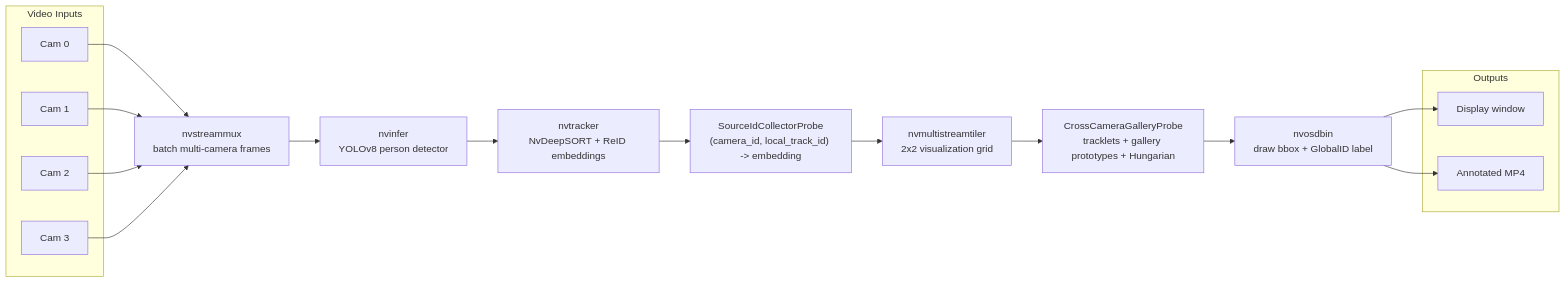
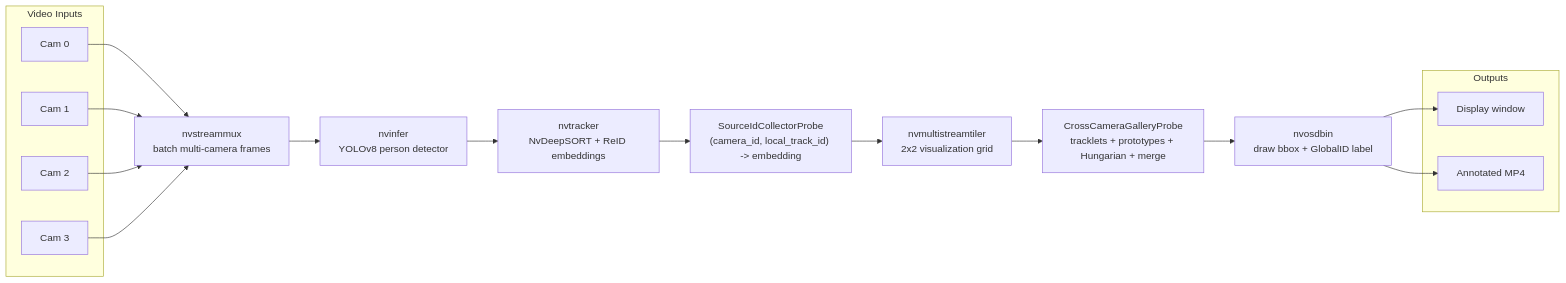
The diagram in README.md (NLT22/multi_stream_people_tracker), drawn with Mermaid before and after one commit. The commit also changed other lines of this file and 3 other files, not shown here.

````diff
--- a/README.md
+++ b/README.md
@@ -156,31 +156,31 @@
 ```mermaid
 flowchart LR
     subgraph Inputs["Video Inputs"]
         C0["Cam 0"]
         C1["Cam 1"]
         C2["Cam 2"]
         C3["Cam 3"]
     end
 
     C0 --> MUX
     C1 --> MUX
     C2 --> MUX
     C3 --> MUX
 
     MUX["nvstreammux<br/>batch multi-camera frames"]
     DET["nvinfer<br/>YOLOv8 person detector"]
     TRK["nvtracker<br/>NvDeepSORT + ReID embeddings"]
     SRC["SourceIdCollectorProbe<br/>(camera_id, local_track_id) -> embedding"]
     TILER["nvmultistreamtiler<br/>2x2 visualization grid"]
-    REID["CrossCameraGalleryProbe<br/>tracklets + gallery prototypes + Hungarian"]
+    REID["CrossCameraGalleryProbe<br/>tracklets + prototypes + Hungarian + merge"]
     OSD["nvosdbin<br/>draw bbox + GlobalID label"]
 
     subgraph Outputs["Outputs"]
         DISPLAY["Display window"]
         VIDEO["Annotated MP4"]
     end
 
     MUX --> DET --> TRK --> SRC --> TILER --> REID --> OSD
     OSD --> DISPLAY
     OSD --> VIDEO
 ```
````
